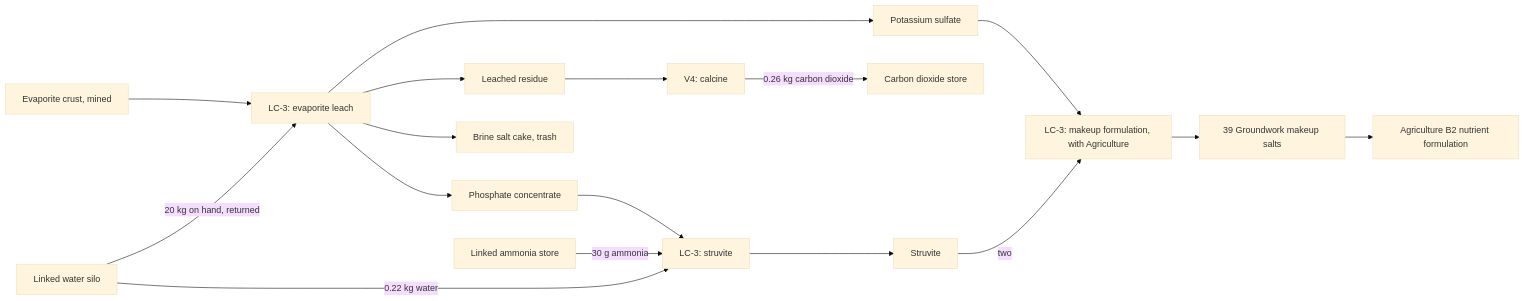
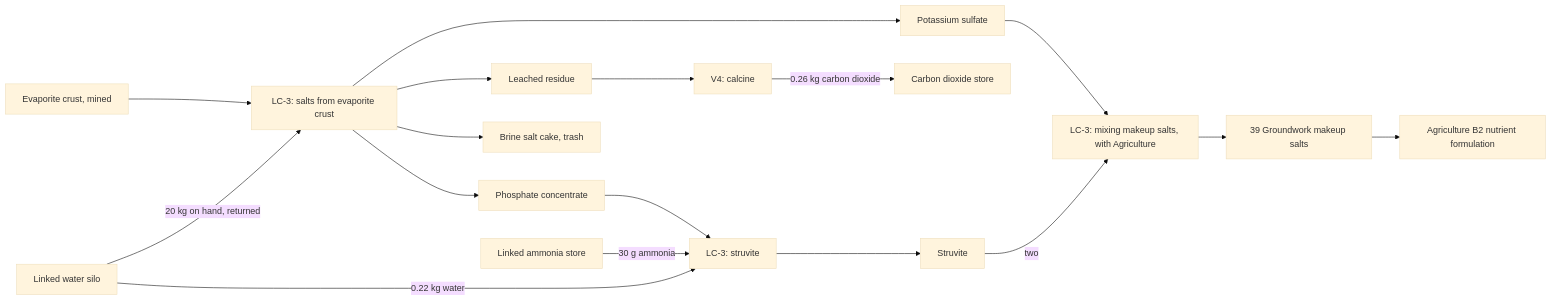
Before and after one commit to phobos-dthorga/phobos-ostranauts: the fifth of 7 diagrams in docs/manufacturing-player-guide.md, drawn with Mermaid (base theme). The commit also changed other lines of this file and 46 other files, not shown here.

````diff
--- a/docs/manufacturing-player-guide.md
+++ b/docs/manufacturing-player-guide.md
@@ -376,19 +376,19 @@
 ```mermaid
 flowchart LR
-    Crust["Evaporite crust, mined"] --> Leach["LC-3: evaporite leach"]
+    Crust["Evaporite crust, mined"] --> Leach["LC-3: salts from evaporite crust"]
     Water["Linked water silo"] -->|20 kg on hand, returned| Leach
     Leach --> K["Potassium sulfate"]
     Leach --> P["Phosphate concentrate"]
     Leach --> R["Leached residue"]
     Leach --> Cake["Brine salt cake, trash"]
     R --> V4["V4: calcine"]
     V4 -->|0.26 kg carbon dioxide| C2["Carbon dioxide store"]
     P --> Stru["LC-3: struvite"]
     Q["Linked ammonia store"] -->|30 g ammonia| Stru
     Water -->|0.22 kg water| Stru
     Stru --> S["Struvite"]
-    K --> Form["LC-3: makeup formulation, with Agriculture"]
+    K --> Form["LC-3: mixing makeup salts, with Agriculture"]
     S -->|two| Form
     Form --> Salts["39 Groundwork makeup salts"]
     Salts --> B2["Agriculture B2 nutrient formulation"]
 ```
````
